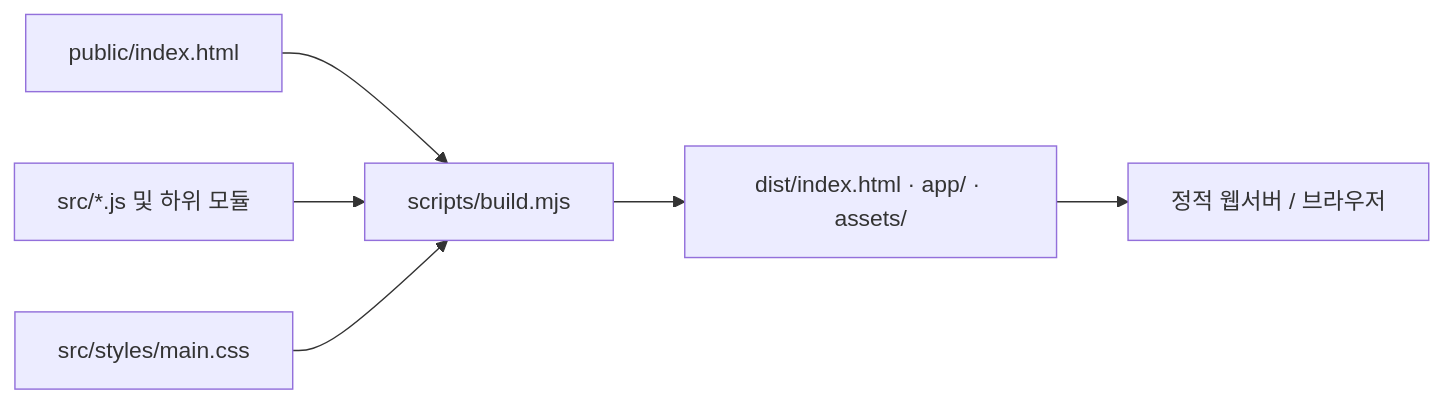
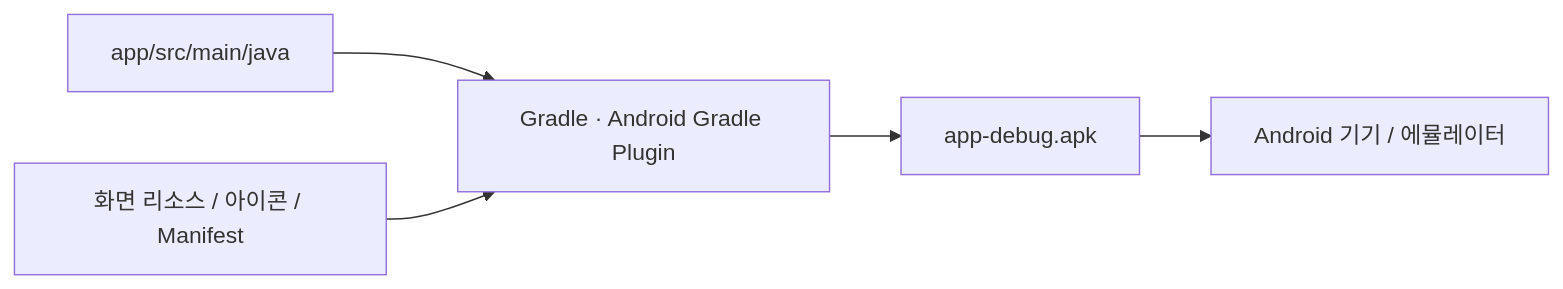
The second of 2 diagrams in docs/architecture.md (jeongiryang/lg-ax-hackathon-cwnu-2026), drawn with Mermaid before and after one commit. The commit also changed other lines of this file and 48 other files, not shown here.

````diff
--- a/docs/architecture.md
+++ b/docs/architecture.md
@@ -48,8 +44,7 @@
 ```mermaid
 flowchart LR
-  Public[public/index.html] --> Build[scripts/build.mjs]
-  Modules[src/*.js 및 하위 모듈] --> Build
-  CSS[src/styles/main.css] --> Build
-  Build --> Output[dist/index.html · app/ · assets/]
-  Output --> Browser[정적 웹서버 / 브라우저]
+  Java[app/src/main/java] --> Build[Gradle · Android Gradle Plugin]
+  Resources[화면 리소스 / 아이콘 / Manifest] --> Build
+  Build --> APK[app-debug.apk]
+  APK --> Device[Android 기기 / 에뮬레이터]
 ```
````
